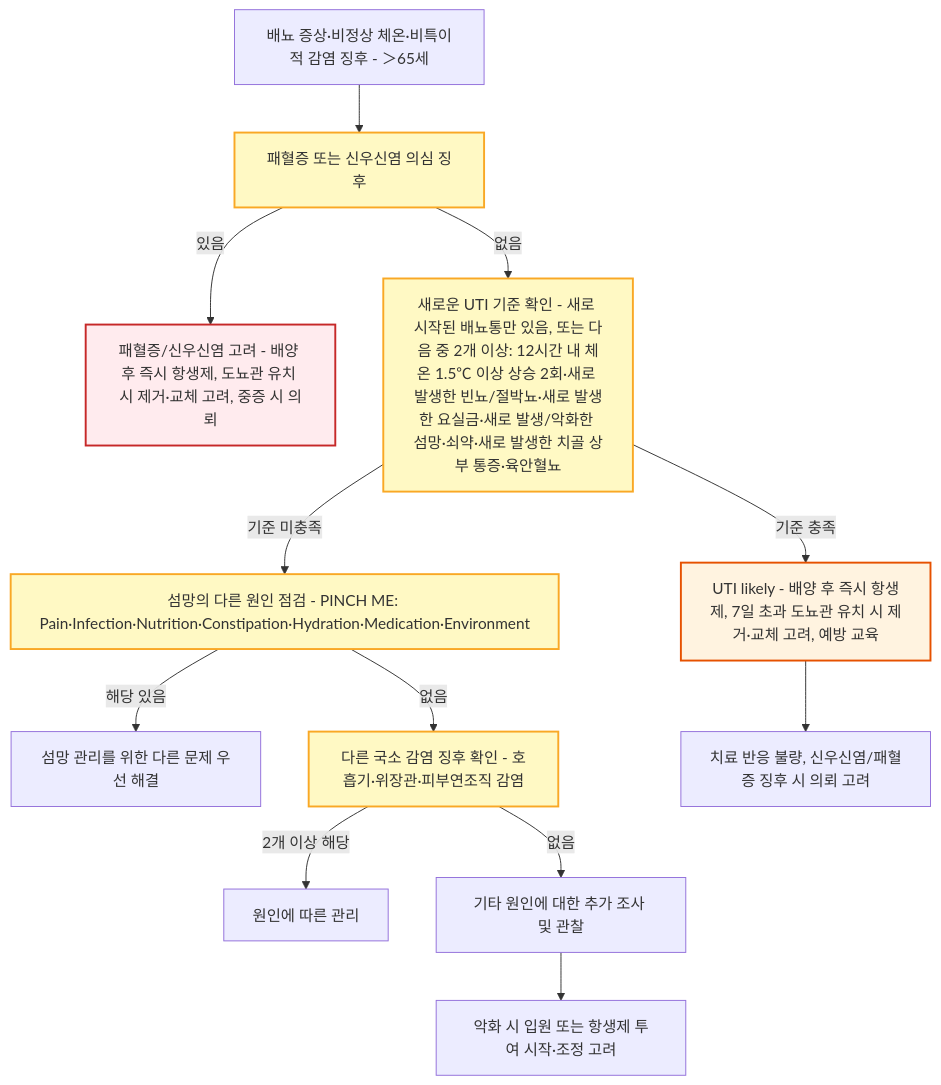
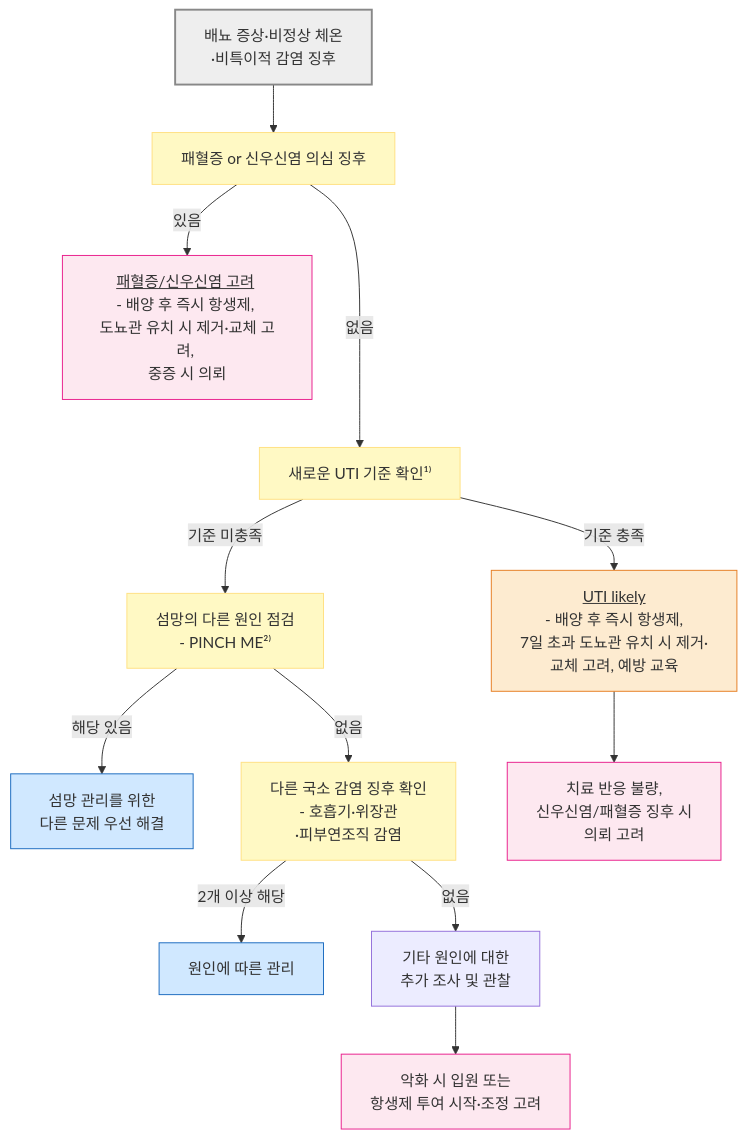
The second of 6 diagrams in 227_/113_-urinary-tract-infection.md (familyoh77/familyoh77), drawn with Mermaid before and after one commit. The commit also changed other lines of this file, not shown here.

````diff
--- a/227_/113_-urinary-tract-infection.md
+++ b/227_/113_-urinary-tract-infection.md
@@ -159,21 +158,24 @@
 ```mermaid
 graph TD
-    A["배뇨 증상·비정상 체온·비특이적 감염 징후 - ＞65세"] --> B["패혈증 또는 신우신염 의심 징후"]
-    B -->|있음| B1["패혈증/신우신염 고려 - 배양 후 즉시 항생제, 도뇨관 유치 시 제거·교체 고려, 중증 시 의뢰"]
-    B -->|없음| C["새로운 UTI 기준 확인 - 새로 시작된 배뇨통만 있음, 또는 다음 중 2개 이상: 12시간 내 체온 1.5℃ 이상 상승 2회·새로 발생한 빈뇨/절박뇨·새로 발생한 요실금·새로 발생/악화한 섬망·쇠약·새로 발생한 치골 상부 통증·육안혈뇨"]
-    C -->|기준 충족| D["UTI likely - 배양 후 즉시 항생제, 7일 초과 도뇨관 유치 시 제거·교체 고려, 예방 교육"]
-    C -->|기준 미충족| E["섬망의 다른 원인 점검 - PINCH ME: Pain·Infection·Nutrition·Constipation·Hydration·Medication·Environment"]
-    E -->|해당 있음| E1["섬망 관리를 위한 다른 문제 우선 해결"]
-    E -->|없음| F["다른 국소 감염 징후 확인 - 호흡기·위장관·피부연조직 감염"]
+    A["배뇨 증상·비정상 체온<br/>·비특이적 감염 징후"] 
+--> B["패혈증 or 신우신염 의심 징후"]
+    B -->|있음| B1["<u>패혈증/신우신염 고려</u> <br/>- 배양 후 즉시 항생제, <br/>도뇨관 유치 시 제거·교체 고려, <br/>중증 시 의뢰"]
+    B --->|없음| C["새로운 UTI 기준 확인¹⁾"]
+    C -->|기준 충족| D["<u>UTI likely</u> <br/>- 배양 후 즉시 항생제, <br/>7일 초과 도뇨관 유치 시 제거·<br/>교체 고려, 예방 교육"]
+    C -->|기준 미충족| E["섬망의 다른 원인 점검 <br/>- PINCH ME²⁾"]
+    E -->|해당 있음| E1["섬망 관리를 위한 <br/>다른 문제 우선 해결"]
+    E -->|없음| F["다른 국소 감염 징후 확인 <br/>- 호흡기·위장관<br/>·피부연조직 감염"]
     F -->|2개 이상 해당| F1["원인에 따른 관리"]
-    F -->|없음| G["기타 원인에 대한 추가 조사 및 관찰"]
-    D --> H["치료 반응 불량, 신우신염/패혈증 징후 시 의뢰 고려"]
-    G --> I["악화 시 입원 또는 항생제 투여 시작·조정 고려"]
+    F -->|없음| G["기타 원인에 대한 <br/>추가 조사 및 관찰"]
+    D --> H["치료 반응 불량, <br/>신우신염/패혈증 징후 시 <br/>의뢰 고려"]
+    G --> I["악화 시 입원 또는 <br/>항생제 투여 시작·조정 고려"]
 
-    style B fill:#fff9c4,stroke:#f9a825,stroke-width:2px
-    style C fill:#fff9c4,stroke:#f9a825,stroke-width:2px
-    style E fill:#fff9c4,stroke:#f9a825,stroke-width:2px
-    style F fill:#fff9c4,stroke:#f9a825,stroke-width:2px
-    style B1 fill:#ffebee,stroke:#c62828,stroke-width:2px
-    style D fill:#fff3e0,stroke:#e65100,stroke-width:2px
+style A fill:#eeeeee,stroke:#888888,stroke-width:2px
+classDef yellow fill:#fff9c4,stroke:#ffe082
+class B,C,E,F yellow
+classDef pink fill:#fde8f0,stroke:#e91e8c
+class B1,H,I pink
+classDef blue fill:#d0e8ff,stroke:#1a6abf
+class E1,F1 blue
+style D fill:#fdebd0,stroke:#e67e22
 ```
````
